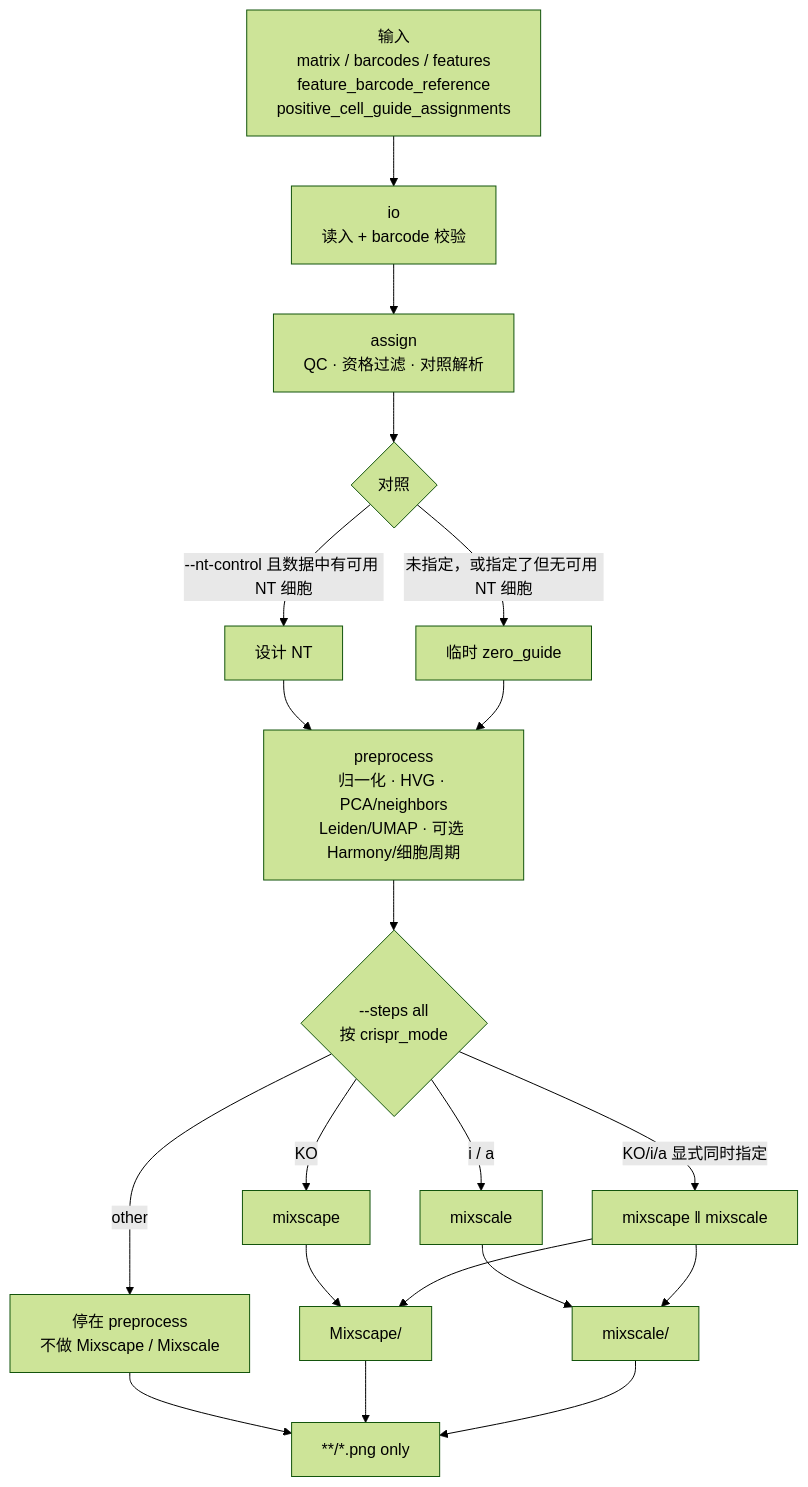
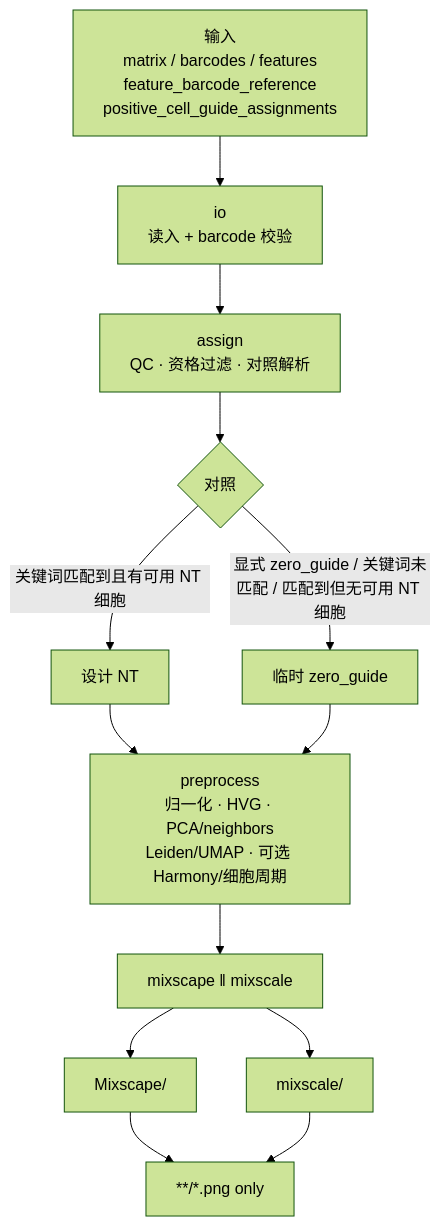
Before and after one commit to bio-apple/Perturb-seq: the diagram in docs/analysis.md, drawn with Mermaid (forest theme). The commit also changed other lines of this file and 11 other files, not shown here.

````diff
--- a/docs/analysis.md
+++ b/docs/analysis.md
@@ -41,26 +33,19 @@
 ```mermaid
 flowchart TD
   IN["输入<br/>matrix / barcodes / features<br/>feature_barcode_reference<br/>positive_cell_guide_assignments"] --> IO
 
   IO["io<br/>读入 + barcode 校验"] --> ASG
 
   ASG["assign<br/>QC · 资格过滤 · 对照解析"] --> CTRL{"对照"}
-  CTRL -->|"--nt-control 且数据中有可用 NT 细胞"| NT["设计 NT"]
-  CTRL -->|"未指定，或指定了但无可用 NT 细胞"| ZG["临时 zero_guide"]
+  CTRL -->|"关键词匹配到且有可用 NT 细胞"| NT["设计 NT"]
+  CTRL -->|"显式 zero_guide / 关键词未匹配 / 匹配到但无可用 NT 细胞"| ZG["临时 zero_guide"]
   NT --> PRE
   ZG --> PRE
 
-  PRE["preprocess<br/>归一化 · HVG · PCA/neighbors<br/>Leiden/UMAP · 可选 Harmony/细胞周期"] --> MODE{"--steps all<br/>按 crispr_mode"}
-  MODE -->|"KO"| MX["mixscape"]
-  MODE -->|"i / a"| MS["mixscale"]
-  MODE -->|"other"| PRE_ONLY["停在 preprocess<br/>不做 Mixscape / Mixscale"]
-  MODE -->|"KO/i/a 显式同时指定"| BOTH["mixscape ‖ mixscale"]
+  PRE["preprocess<br/>归一化 · HVG · PCA/neighbors<br/>Leiden/UMAP · 可选 Harmony/细胞周期"] --> BOTH["mixscape ‖ mixscale"]
 
-  MX --> OUT_MX["Mixscape/"]
-  MS --> OUT_MS["mixscale/"]
-  BOTH --> OUT_MX
-  BOTH --> OUT_MS
-  PRE_ONLY --> OUT["**/*.png only"]
-  OUT_MX --> OUT
+  BOTH --> OUT_MX["Mixscape/"]
+  BOTH --> OUT_MS["mixscale/"]
+  OUT_MX --> OUT["**/*.png only"]
   OUT_MS --> OUT
 ```
````
